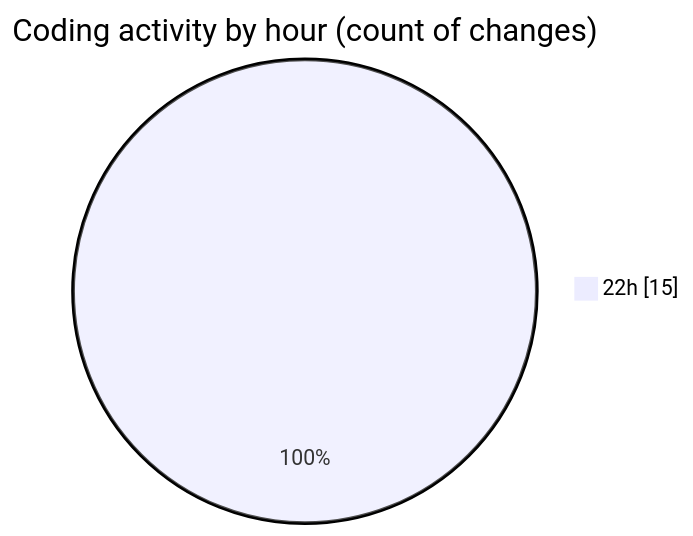
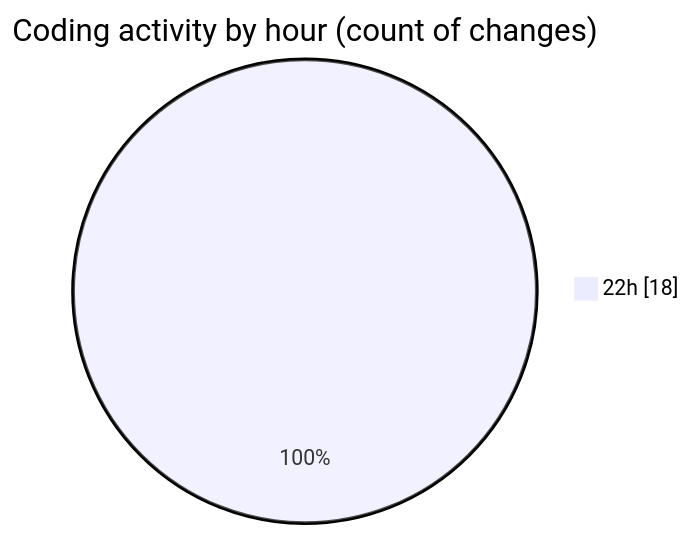
Before and after one commit to MatusMokan/code-tracking: the second of 2 diagrams in 2025-06-02/myws__workspace_/README.md, drawn with Mermaid. The commit also changed other lines of this file and 1 other file, not shown here.

````diff
--- a/2025-06-02/myws__workspace_/README.md
+++ b/2025-06-02/myws__workspace_/README.md
@@ -28,5 +28,5 @@
 ```mermaid
 pie showData
 title Coding activity by hour (count of changes)
-"22h" : 15
+"22h" : 18
 ```
````
